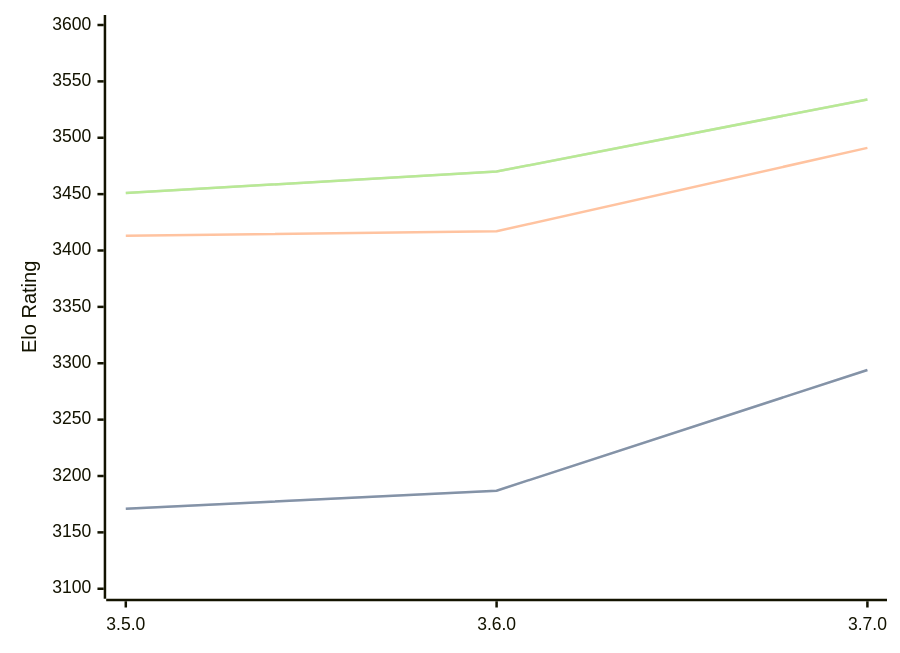
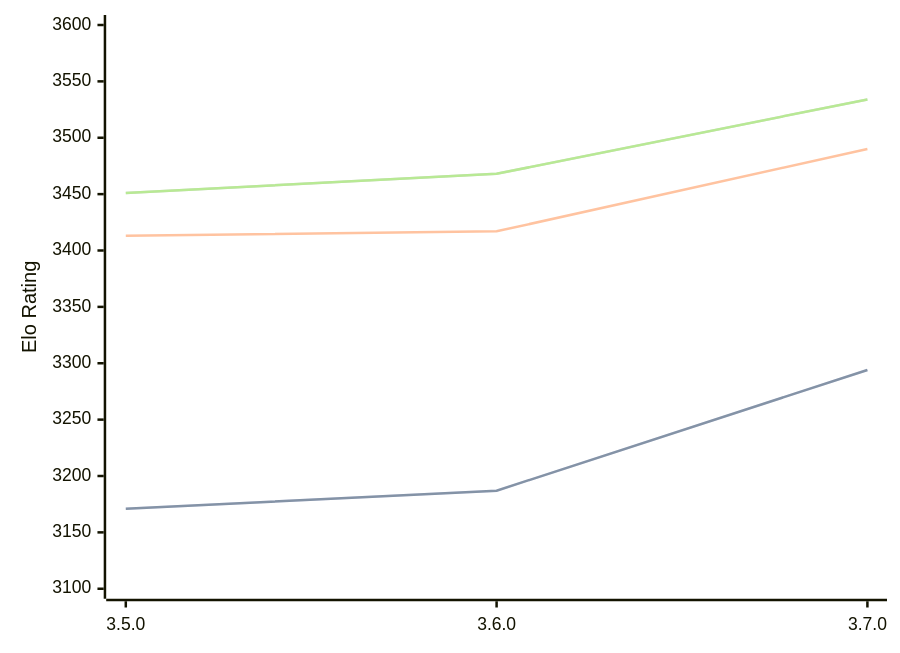
The diagram in engines/Igel.md (computer-chess-index/cci), drawn with Mermaid before and after one commit. The commit also changed other lines of this file, not shown here.

Commit message:
Update CCI Ratings (ELO VLTC) - 2026-10-01

````diff
--- a/engines/Igel.md
+++ b/engines/Igel.md
@@ -33,11 +33,11 @@
 ```mermaid
 %%{init: {"theme":"base","themeVariables":{"seriesColors:['#a3a3a3','#222221','#faa371']}}}%%
 xychart-beta
   x-axis ["3.5.0", "3.6.0", "3.7.0"]
   y-axis "Elo Rating" 3100 --> 3600
   line "" [3171, 3187, 3294]
   line "STC (8.0+0.08s)" [3171, 3187, 3294]
-  line "LTC (60.0+0.60s)" [3413, 3417, 3491]
-  line "" [3451, 3470, 3534]
-  line "VLTC (2m24s+1.12s)" [3451, 3470, 3534]
+  line "LTC (60.0+0.60s)" [3413, 3417, 3490]
+  line "" [3451, 3468, 3534]
+  line "VLTC (2m24s+1.12s)" [3451, 3468, 3534]
 ```
````
